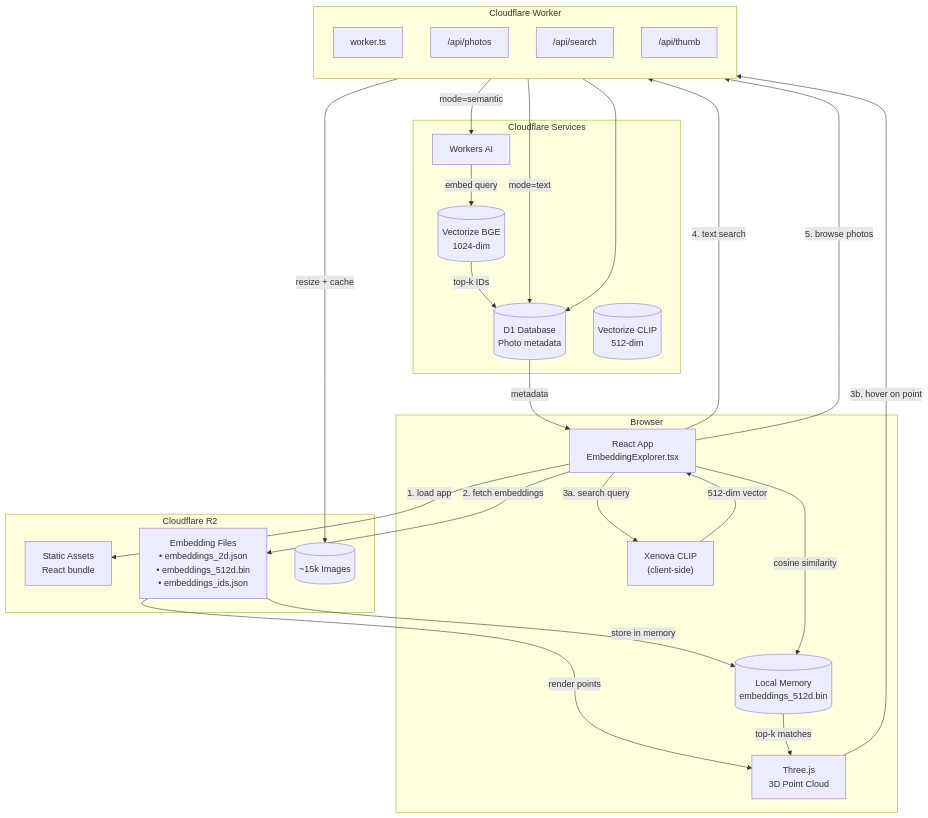
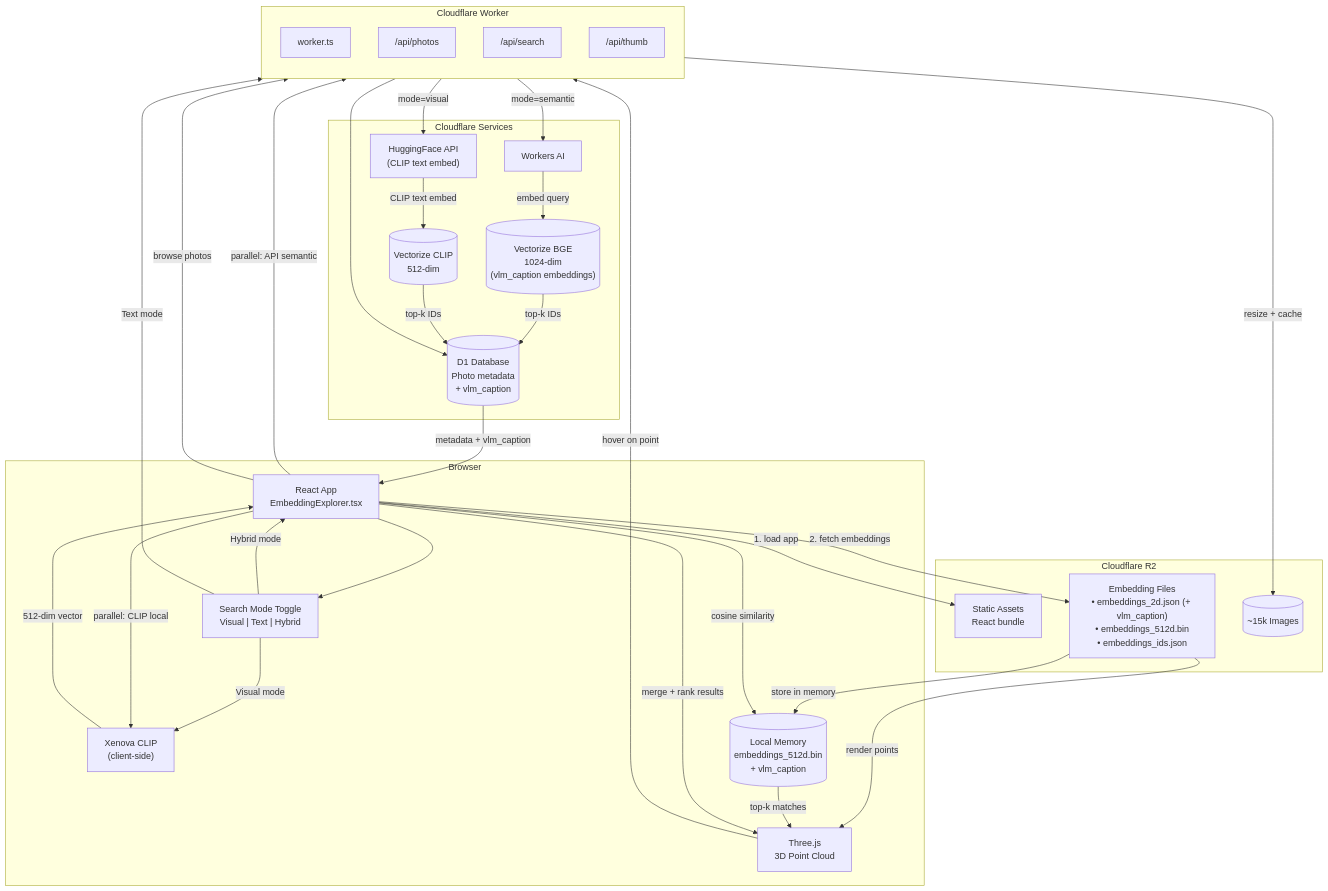
Before and after one commit to zouantchaw/mtl-archives-search: the diagram in docs/architecture-runtime.mmd, drawn with Mermaid. The commit also changed 5 other files, not shown here.

Commit message:
Add VLM caption to embeddings export

```diff
--- a/docs/architecture-runtime.mmd
+++ b/docs/architecture-runtime.mmd
@@ -1,59 +1,72 @@
 %% MTL Archives Search - Runtime Architecture
 %% How the app works when deployed
 
 flowchart TB
     subgraph Browser["Browser"]
         UI["React App<br/>EmbeddingExplorer.tsx"]
+        MODE["Search Mode Toggle<br/>Visual | Text | Hybrid"]
         THREE["Three.js<br/>3D Point Cloud"]
         CLIP_LOCAL["Xenova CLIP<br/>(client-side)"]
-        EMB_CACHE[("Local Memory<br/>embeddings_512d.bin")]
+        EMB_CACHE[("Local Memory<br/>embeddings_512d.bin<br/>+ vlm_caption")]
     end
 
     subgraph R2["Cloudflare R2"]
         STATIC["Static Assets<br/>React bundle"]
-        EMB["Embedding Files<br/>• embeddings_2d.json<br/>• embeddings_512d.bin<br/>• embeddings_ids.json"]
+        EMB["Embedding Files<br/>• embeddings_2d.json (+ vlm_caption)<br/>• embeddings_512d.bin<br/>• embeddings_ids.json"]
         IMAGES[("~15k Images")]
     end
 
     subgraph Worker["Cloudflare Worker"]
         direction TB
         API["worker.ts"]
         PHOTOS["/api/photos"]
         SEARCH["/api/search"]
         THUMB["/api/thumb"]
     end
 
     subgraph Services["Cloudflare Services"]
-        D1[("D1 Database<br/>Photo metadata")]
-        VEC_BGE[("Vectorize BGE<br/>1024-dim")]
+        D1[("D1 Database<br/>Photo metadata<br/>+ vlm_caption")]
+        VEC_BGE[("Vectorize BGE<br/>1024-dim<br/>(vlm_caption embeddings)")]
         VEC_CLIP[("Vectorize CLIP<br/>512-dim")]
         AI["Workers AI"]
+        HF["HuggingFace API<br/>(CLIP text embed)"]
     end
 
     %% Initial load
     UI -->|"1. load app"| STATIC
     UI -->|"2. fetch embeddings"| EMB
     EMB -->|"store in memory"| EMB_CACHE
     EMB -->|"render points"| THREE
+    UI --> MODE
 
-    %% Visual search (client-side)
-    UI -->|"3a. search query"| CLIP_LOCAL
+    %% Visual search (client-side CLIP)
+    MODE -->|"Visual mode"| CLIP_LOCAL
     CLIP_LOCAL -->|"512-dim vector"| UI
     UI -->|"cosine similarity"| EMB_CACHE
     EMB_CACHE -->|"top-k matches"| THREE
 
-    %% Hover interaction
-    THREE -->|"3b. hover on point"| THUMB
-    THUMB -->|"resize + cache"| IMAGES
-
-    %% Text/Semantic search (server-side)
-    UI -->|"4. text search"| SEARCH
-    SEARCH -->|"mode=text"| D1
+    %% Semantic search (server-side BGE)
+    MODE -->|"Text mode"| SEARCH
     SEARCH -->|"mode=semantic"| AI
     AI -->|"embed query"| VEC_BGE
     VEC_BGE -->|"top-k IDs"| D1
-    D1 -->|"metadata"| UI
+    D1 -->|"metadata + vlm_caption"| UI
+
+    %% Hybrid search (both in parallel)
+    MODE -->|"Hybrid mode"| UI
+    UI -->|"parallel: CLIP local"| CLIP_LOCAL
+    UI -->|"parallel: API semantic"| SEARCH
+    UI -->|"merge + rank results"| THREE
+
+    %% Hover interaction
+    THREE -->|"hover on point"| THUMB
+    THUMB -->|"resize + cache"| IMAGES
+
+    %% Visual search via API (alternative)
+    SEARCH -->|"mode=visual"| HF
+    HF -->|"CLIP text embed"| VEC_CLIP
+    VEC_CLIP -->|"top-k IDs"| D1
 
     %% Pagination
-    UI -->|"5. browse photos"| PHOTOS
+    UI -->|"browse photos"| PHOTOS
     PHOTOS --> D1
```
